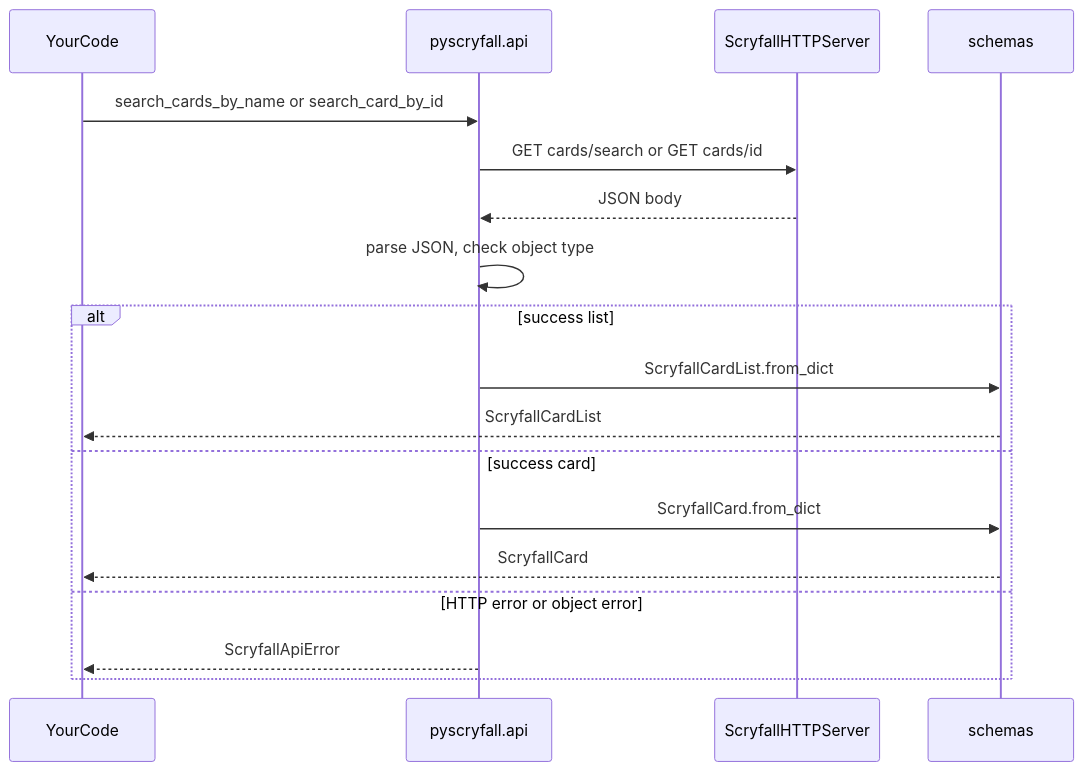
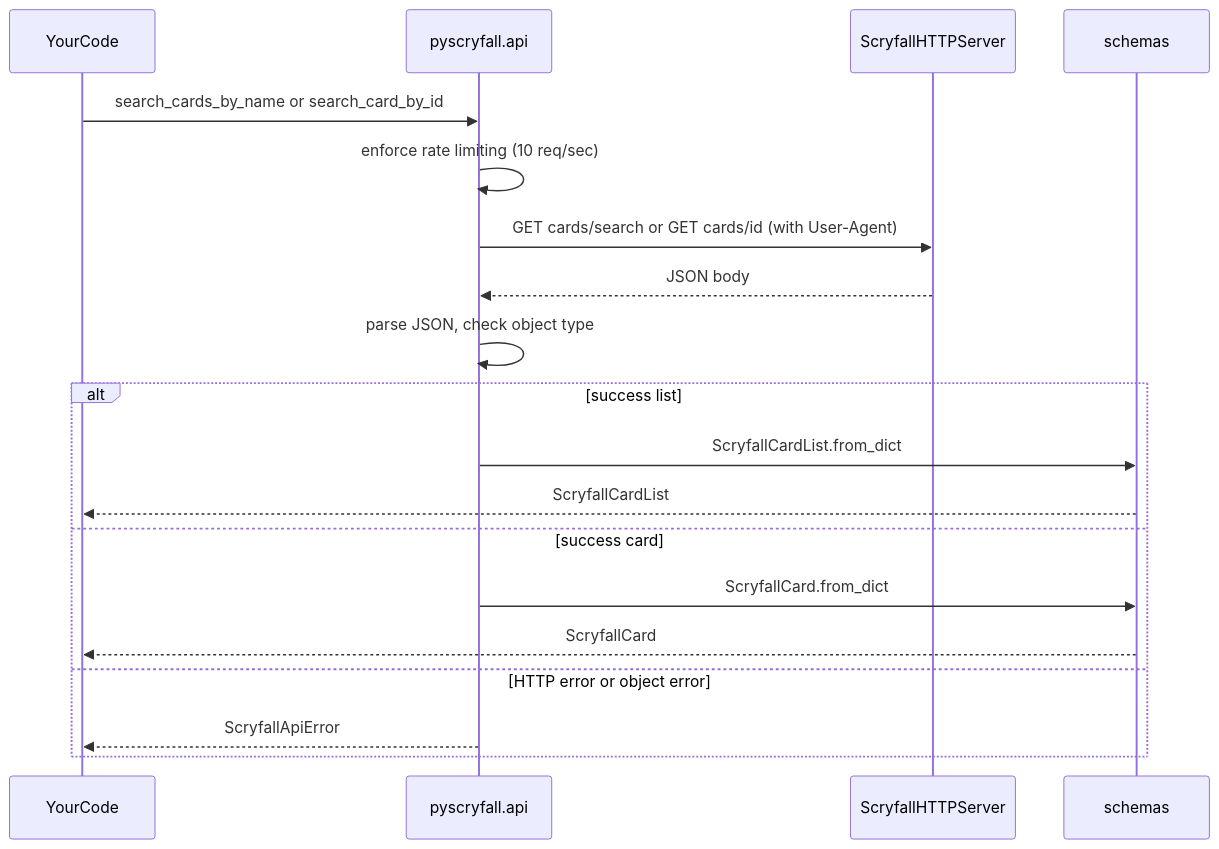
The second of 3 diagrams in README.md (mcaimi/pyscryfall), drawn with Mermaid before and after one commit. The commit also changed other lines of this file and 7 other files, not shown here.

First line of the commit message:
feat(pyscryfall): v0.2.0 - add 6 API functions, fix error handling, add rate limiting

````diff
--- a/README.md
+++ b/README.md
@@ -63,21 +63,22 @@
 ```mermaid
 sequenceDiagram
     participant App as YourCode
     participant API as pyscryfall.api
     participant HTTP as ScryfallHTTPServer
     participant Sch as schemas
 
     App->>API: search_cards_by_name or search_card_by_id
-    API->>HTTP: GET cards/search or GET cards/id
+    API->>API: enforce rate limiting (10 req/sec)
+    API->>HTTP: GET cards/search or GET cards/id (with User-Agent)
     HTTP-->>API: JSON body
     API->>API: parse JSON, check object type
     alt success list
         API->>Sch: ScryfallCardList.from_dict
         Sch-->>App: ScryfallCardList
     else success card
         API->>Sch: ScryfallCard.from_dict
         Sch-->>App: ScryfallCard
     else HTTP error or object error
         API-->>App: ScryfallApiError
     end
 ```
````
